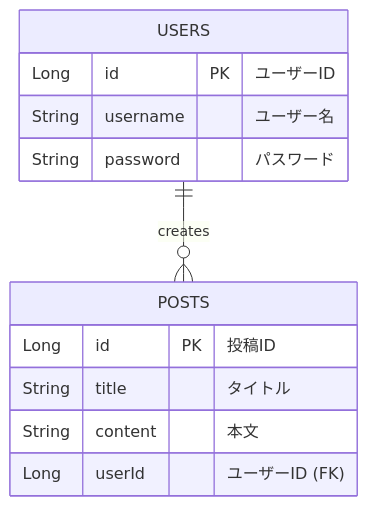
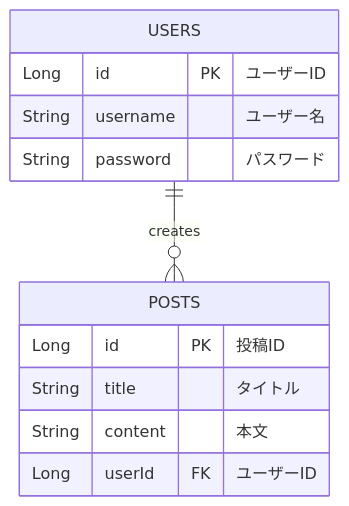
One commit to Nyama-zaki/yokubaro changed the diagram in README.md. Above: the diagram before and after it, drawn with Mermaid. The commit also changed other lines of this file, not shown here.

````diff
--- a/README.md
+++ b/README.md
@@ -57,15 +57,15 @@
 ```mermaid
 erDiagram
     USERS ||--o{ POSTS : "creates"
     USERS {
         Long id PK "ユーザーID"
         String username "ユーザー名"
         String password "パスワード"
     }
     POSTS {
         Long id PK "投稿ID"
         String title "タイトル"
         String content "本文"
-        Long userId "ユーザーID (FK)"
+        Long userId FK "ユーザーID"
     }
 ```
````
